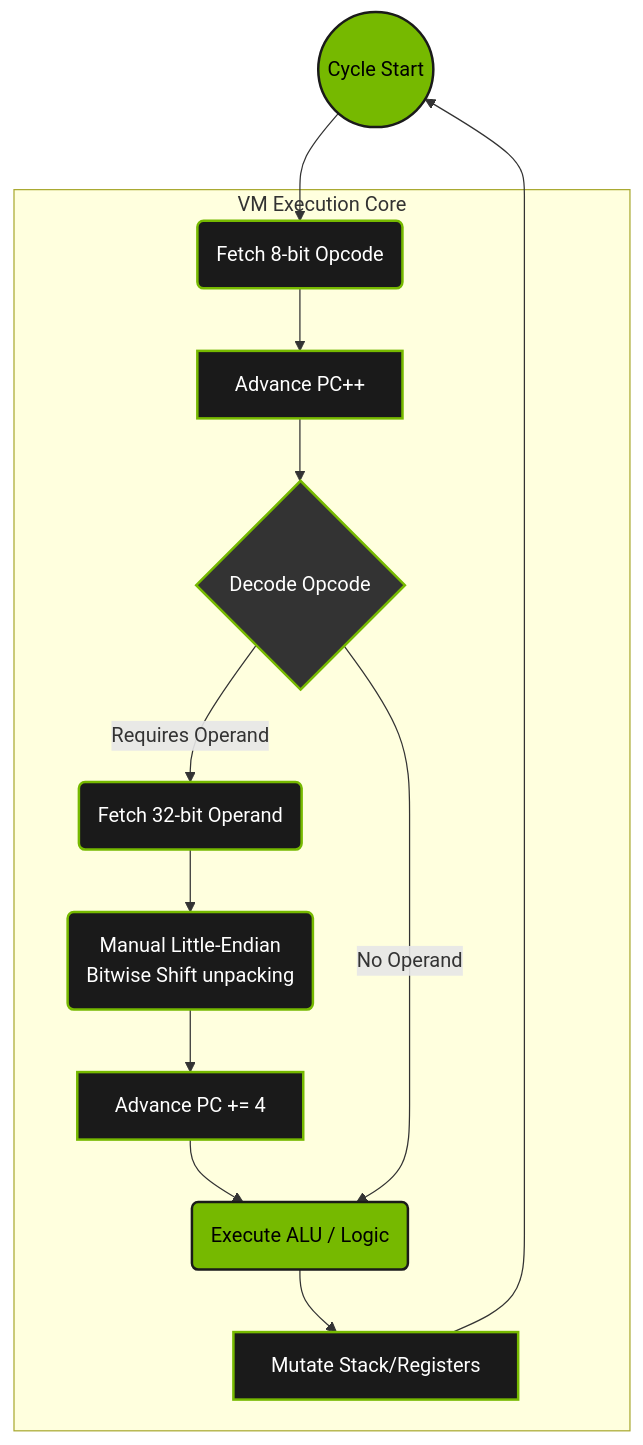
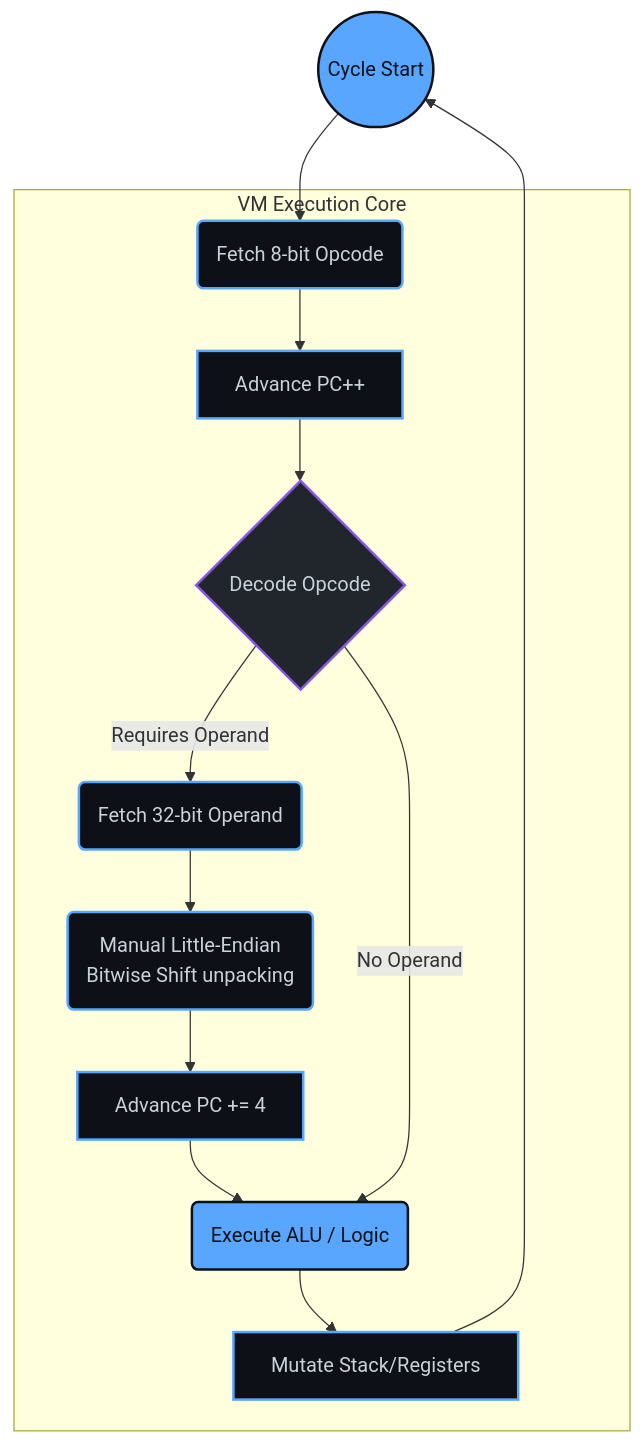
Before and after one commit to SujalAgrawal08/ProtoPTX: the first of 2 diagrams in README.md, drawn with Mermaid. The commit also changed other lines of this file, not shown here.

````diff
--- a/README.md
+++ b/README.md
@@ -23,24 +23,24 @@
 ```mermaid
 graph TD
-    classDef default fill:#1a1a1a,stroke:#76b900,stroke-width:2px,color:#fff;
-    classDef decode fill:#333333,stroke:#76b900,stroke-width:2px,color:#fff;
-    classDef highlight fill:#76b900,stroke:#1a1a1a,stroke-width:2px,color:#000;
+    classDef default fill:#0d1117,stroke:#58a6ff,stroke-width:2px,color:#c9d1d9;
+    classDef decode fill:#21262d,stroke:#8957e5,stroke-width:2px,color:#c9d1d9;
+    classDef highlight fill:#58a6ff,stroke:#0d1117,stroke-width:2px,color:#0d1117;
     
     Start((Cycle Start)):::highlight --> Fetch
     
     subgraph Pipeline [VM Execution Core]
         Fetch(Fetch 8-bit Opcode):::default --> AdvancePC1[Advance PC++]:::default
         AdvancePC1 --> Decode{Decode Opcode}:::decode
         
         Decode -->|Requires Operand| FetchOp(Fetch 32-bit Operand):::default
         FetchOp --> Bitwise(Manual Little-Endian<br/>Bitwise Shift unpacking):::default
         Bitwise --> AdvancePC2[Advance PC += 4]:::default
         AdvancePC2 --> Execute
         
         Decode -->|No Operand| Execute(Execute ALU / Logic):::highlight
         
         Execute --> Stack[Mutate Stack/Registers]:::default
     end
     
     Stack --> Start
 ```
````
